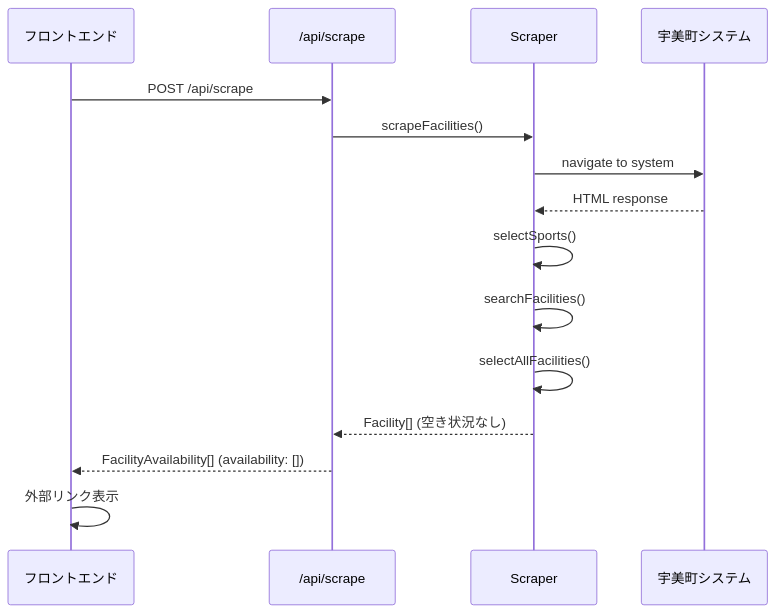
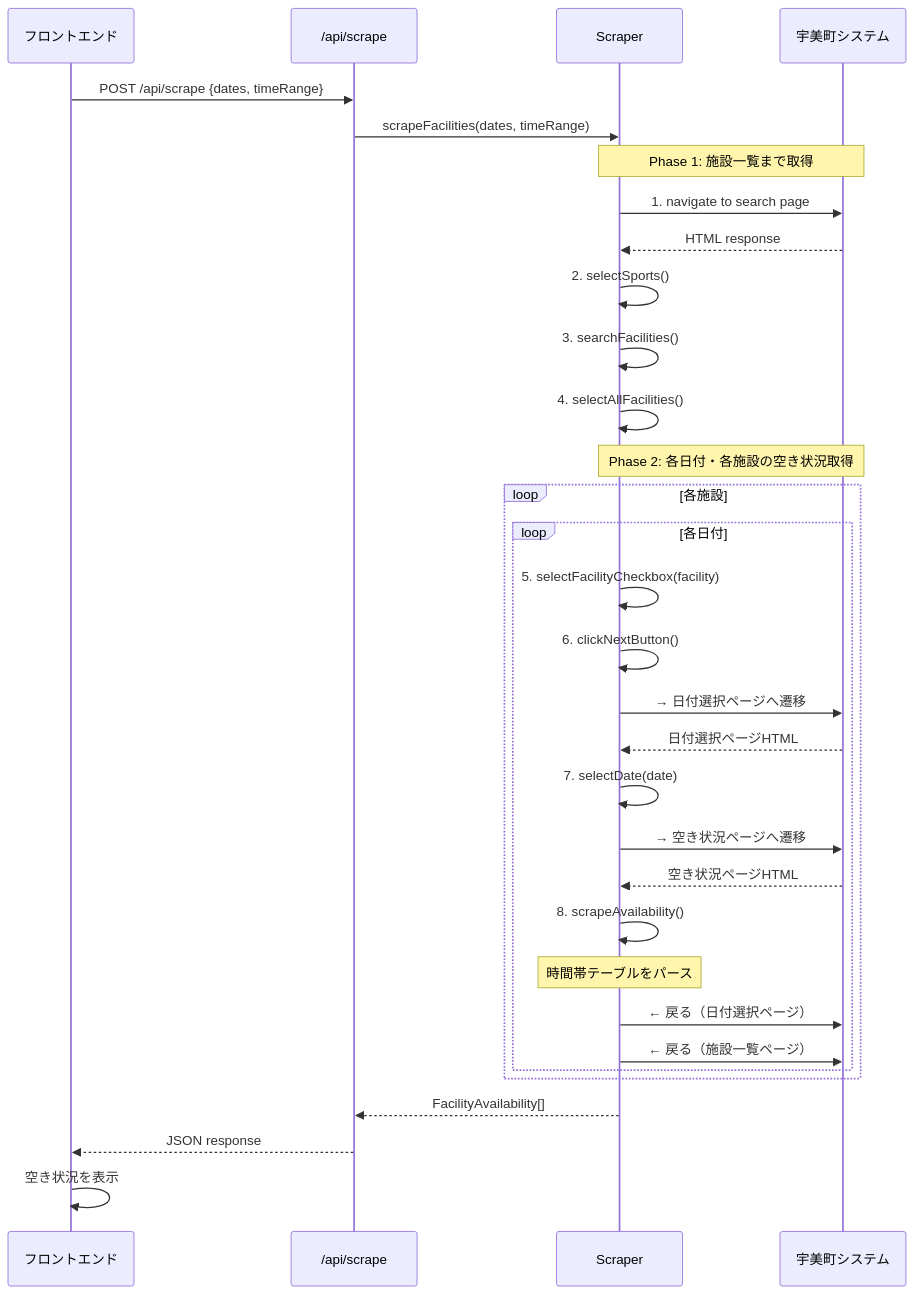
One commit to MizukiMatsutani/umi-facility-reservation changed the second of 2 diagrams in .spec-workflow/specs/umi-facility-search/design.md. Above: the diagram before and after it, drawn with Mermaid. The commit also changed other lines of this file and 7 other files, not shown here.

````diff
--- a/.spec-workflow/specs/umi-facility-search/design.md
+++ b/.spec-workflow/specs/umi-facility-search/design.md
@@ -489,18 +495,41 @@
 ```mermaid
 sequenceDiagram
     participant UI as フロントエンド
     participant API as /api/scrape
     participant SC as Scraper
     participant EXT as 宇美町システム
 
-    UI->>API: POST /api/scrape
-    API->>SC: scrapeFacilities()
-    SC->>EXT: navigate to system
+    UI->>API: POST /api/scrape {dates, timeRange}
+    API->>SC: scrapeFacilities(dates, timeRange)
+
+    Note over SC,EXT: Phase 1: 施設一覧まで取得
+    SC->>EXT: 1. navigate to search page
     EXT-->>SC: HTML response
-    SC->>SC: selectSports()
-    SC->>SC: searchFacilities()
-    SC->>SC: selectAllFacilities()
-    SC-->>API: Facility[] (空き状況なし)
-    API-->>UI: FacilityAvailability[] (availability: [])
-    UI->>UI: 外部リンク表示
+    SC->>SC: 2. selectSports()
+    SC->>SC: 3. searchFacilities()
+    SC->>SC: 4. selectAllFacilities()
+
+    Note over SC,EXT: Phase 2: 各日付・各施設の空き状況取得
+    loop 各施設
+        loop 各日付
+            SC->>SC: 5. selectFacilityCheckbox(facility)
+            SC->>SC: 6. clickNextButton()
+            SC->>EXT: → 日付選択ページへ遷移
+            EXT-->>SC: 日付選択ページHTML
+
+            SC->>SC: 7. selectDate(date)
+            SC->>EXT: → 空き状況ページへ遷移
+            EXT-->>SC: 空き状況ページHTML
+
+            SC->>SC: 8. scrapeAvailability()
+            Note over SC: 時間帯テーブルをパース
+
+            SC->>EXT: ← 戻る（日付選択ページ）
+            SC->>EXT: ← 戻る（施設一覧ページ）
+        end
+    end
+
+    SC-->>API: FacilityAvailability[]
+    API-->>UI: JSON response
+    UI->>UI: 空き状況を表示
 ```
````
